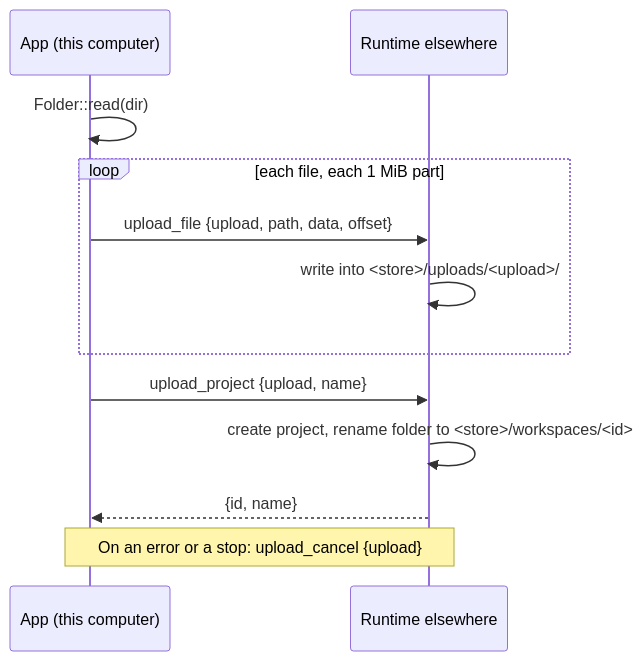
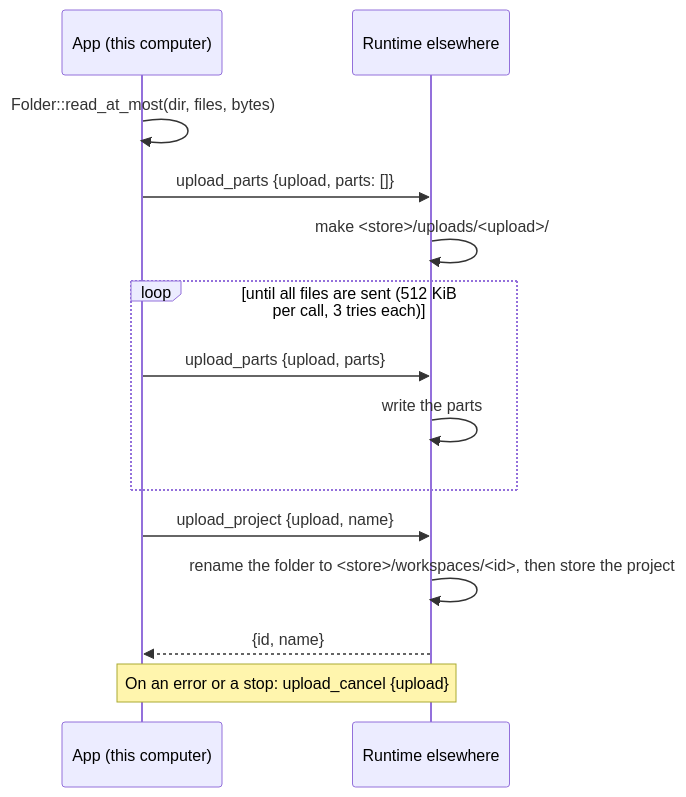
One commit to 0x00vb/ARK changed the first of 2 diagrams in docs/adr/0030-a-folder-sent-to-a-runtime-becomes-a-project.md. Above: the diagram before and after it, drawn with Mermaid. The commit also changed other lines of this file and 6 other files, not shown here.

First line of the commit message:
ui: folder uploads from review: calls of 512 KiB with small files together, retries, safe finish (ADR 0030)

````diff
--- a/docs/adr/0030-a-folder-sent-to-a-runtime-becomes-a-project.md
+++ b/docs/adr/0030-a-folder-sent-to-a-runtime-becomes-a-project.md
@@ -43,14 +49,16 @@
 ```mermaid
 sequenceDiagram
     participant A as App (this computer)
     participant R as Runtime elsewhere
-    A->>A: Folder::read(dir)
-    loop each file, each 1 MiB part
-        A->>R: upload_file {upload, path, data, offset}
-        R->>R: write into <store>/uploads/<upload>/
+    A->>A: Folder::read_at_most(dir, files, bytes)
+    A->>R: upload_parts {upload, parts: []}
+    R->>R: make <store>/uploads/<upload>/
+    loop until all files are sent (512 KiB per call, 3 tries each)
+        A->>R: upload_parts {upload, parts}
+        R->>R: write the parts
     end
     A->>R: upload_project {upload, name}
-    R->>R: create project, rename folder to <store>/workspaces/<id>
+    R->>R: rename the folder to <store>/workspaces/<id>, then store the project
     R-->>A: {id, name}
     Note over A,R: On an error or a stop: upload_cancel {upload}
 ```
````
